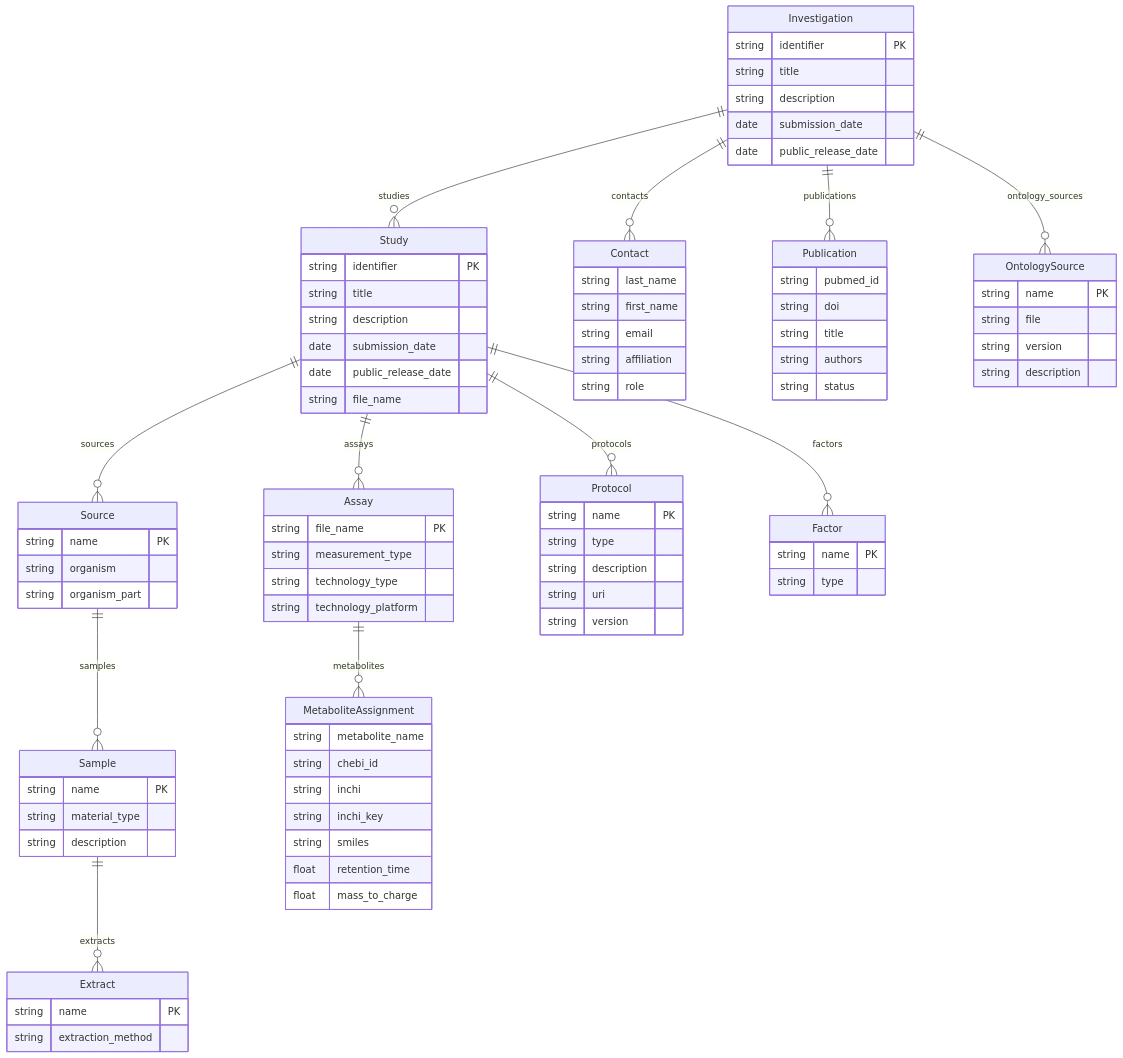
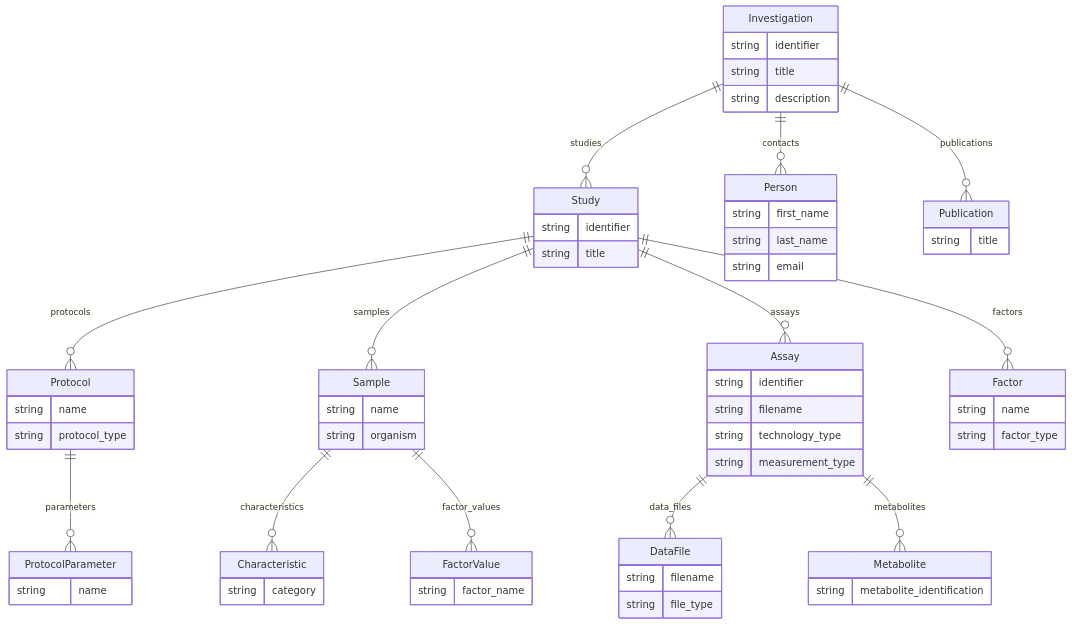
Before and after one commit to sorenwacker/metaseed: the diagram in docs/profiles/metabolights.md, drawn with Mermaid. The commit also changed other lines of this file and 32 other files, not shown here.

````diff
--- a/docs/profiles/metabolights.md
+++ b/docs/profiles/metabolights.md
@@ -194,101 +30,67 @@
 ```mermaid
 erDiagram
     Investigation {
-        string identifier PK
+        string identifier
         string title
         string description
-        date submission_date
-        date public_release_date
+    }
+    Study {
+        string identifier
+        string title
+    }
+    Assay {
+        string identifier
+        string filename
+        string technology_type
+        string measurement_type
+    }
+    Sample {
+        string name
+        string organism
+    }
+    Protocol {
+        string name
+        string protocol_type
+    }
+    ProtocolParameter {
+        string name
+    }
+    Factor {
+        string name
+        string factor_type
+    }
+    FactorValue {
+        string factor_name
+    }
+    Characteristic {
+        string category
+    }
+    Metabolite {
+        string metabolite_identification
+    }
+    DataFile {
+        string filename
+        string file_type
+    }
+    Person {
+        string first_name
+        string last_name
+        string email
+    }
+    Publication {
+        string title
     }
 
-    Study {
-        string identifier PK
-        string title
-        string description
-        date submission_date
-        date public_release_date
-        string file_name
-    }
-
-    Assay {
-        string file_name PK
-        string measurement_type
-        string technology_type
-        string technology_platform
-    }
-
-    Source {
-        string name PK
-        string organism
-        string organism_part
-    }
-
-    Sample {
-        string name PK
-        string material_type
-        string description
-    }
-
-    Extract {
-        string name PK
-        string extraction_method
-    }
-
-    Contact {
-        string last_name
-        string first_name
-        string email
-        string affiliation
-        string role
-    }
-
-    Publication {
-        string pubmed_id
-        string doi
-        string title
-        string authors
-        string status
-    }
-
-    Protocol {
-        string name PK
-        string type
-        string description
-        string uri
-        string version
-    }
-
-    Factor {
-        string name PK
-        string type
-    }
-
-    OntologySource {
-        string name PK
-        string file
-        string version
-        string description
-    }
-
-    MetaboliteAssignment {
-        string metabolite_name
-        string chebi_id
-        string inchi
-        string inchi_key
-        string smiles
-        float retention_time
-        float mass_to_charge
-    }
-
+    Investigation ||--o{ Person : contacts
+    Investigation ||--o{ Publication : publications
     Investigation ||--o{ Study : studies
-    Investigation ||--o{ Contact : contacts
-    Investigation ||--o{ Publication : publications
-    Investigation ||--o{ OntologySource : ontology_sources
-    Study ||--o{ Assay : assays
-    Study ||--o{ Source : sources
     Study ||--o{ Protocol : protocols
     Study ||--o{ Factor : factors
-    Source ||--o{ Sample : samples
-    Sample ||--o{ Extract : extracts
-    Assay ||--o{ MetaboliteAssignment : metabolites
+    Study ||--o{ Sample : samples
+    Study ||--o{ Assay : assays
+    Protocol ||--o{ ProtocolParameter : parameters
+    Sample ||--o{ Characteristic : characteristics
+    Sample ||--o{ FactorValue : factor_values
+    Assay ||--o{ DataFile : data_files
+    Assay ||--o{ Metabolite : metabolites
 ```
````
